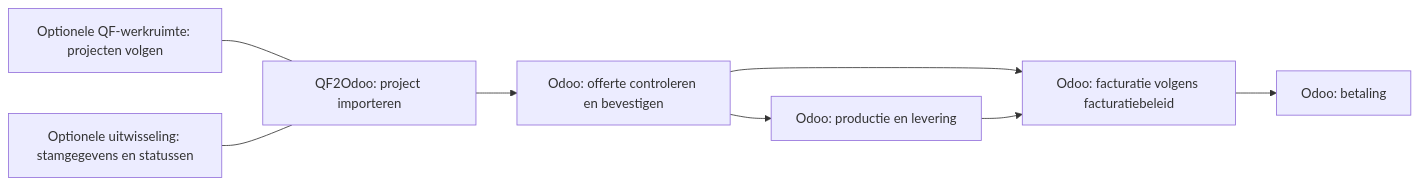
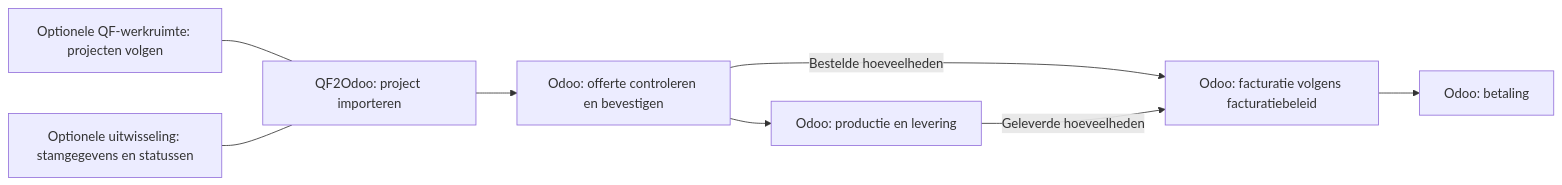
The diagram in nl/qf2odoo/settings.mdx (SheetMetalConnect/smc-mintlify), drawn with Mermaid before and after one commit. The commit also changed 8 other files, not shown here.

````diff
--- a/nl/qf2odoo/settings.mdx
+++ b/nl/qf2odoo/settings.mdx
@@ -30,10 +30,10 @@
 ```mermaid
 flowchart LR
     Q["QF2Odoo: project importeren"] --> C["Odoo: offerte controleren en bevestigen"]
     C --> P["Odoo: productie en levering"]
-    C --> F["Odoo: facturatie volgens facturatiebeleid"]
-    P --> F
+    C -->|"Bestelde hoeveelheden"| F["Odoo: facturatie volgens facturatiebeleid"]
+    P -->|"Geleverde hoeveelheden"| F
     F --> B["Odoo: betaling"]
     W["Optionele QF-werkruimte: projecten volgen"] --- Q
     R["Optionele uitwisseling: stamgegevens en statussen"] --- Q
 ```
````
